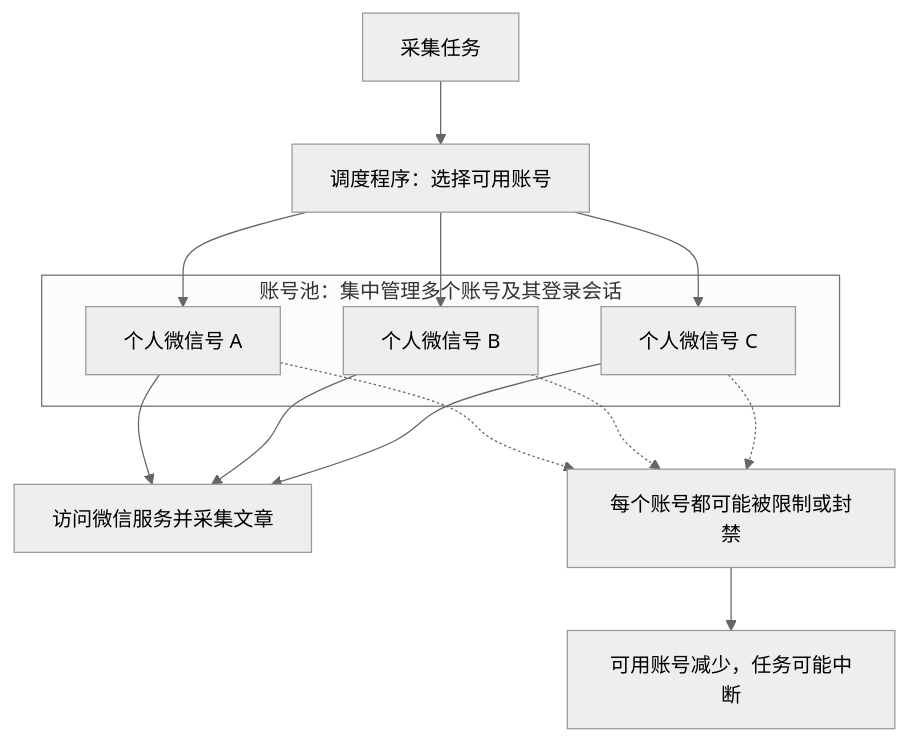
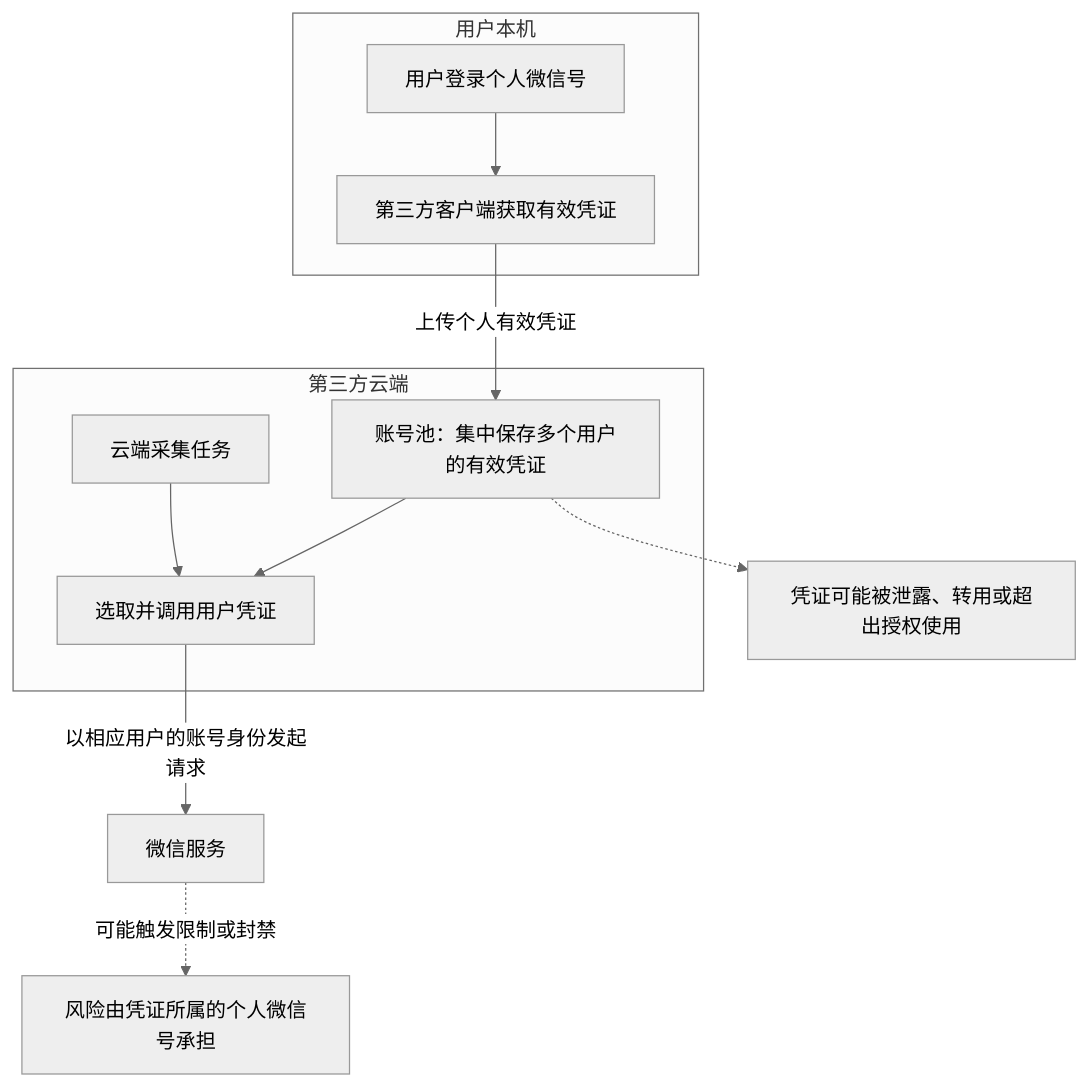
The first of 2 diagrams in README.md (areyoubugcoder/mpider), drawn with Mermaid (neutral theme) before and after one commit. The commit also changed other lines of this file, not shown here.

Commit message:
docs: clarify cloud credential pooling risks

````diff
--- a/README.md
+++ b/README.md
@@ -20,19 +22,15 @@
 ```mermaid
 flowchart TD
-    T[采集任务] --> S[调度程序：选择可用账号]
-    subgraph P[账号池：集中管理多个账号及其登录会话]
-        A[个人微信号 A]
-        B[个人微信号 B]
-        C[个人微信号 C]
+    subgraph L[用户本机]
+        U[用户登录个人微信号] --> C[第三方客户端获取有效凭证]
     end
-    S --> A
-    S --> B
-    S --> C
-    A --> W[访问微信服务并采集文章]
-    B --> W
-    C --> W
-    A -.-> R[每个账号都可能被限制或封禁]
-    B -.-> R
-    C -.-> R
-    R --> F[可用账号减少，任务可能中断]
+    C -->|上传个人有效凭证| P
+    subgraph S[第三方云端]
+        P[账号池：集中保存多个用户的有效凭证]
+        T[云端采集任务] --> D[选取并调用用户凭证]
+        P --> D
+    end
+    D -->|以相应用户的账号身份发起请求| W[微信服务]
+    W -.->|可能触发限制或封禁| R[风险由凭证所属的个人微信号承担]
+    P -.-> E[凭证可能被泄露、转用或超出授权使用]
 ```
````
